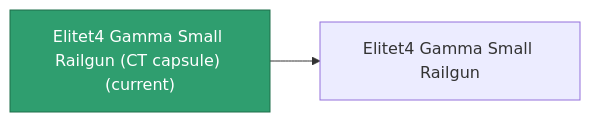
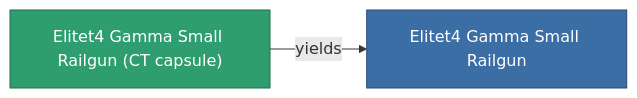
The diagram in content/content/items/elitet4_gamma_small_railgun_CT_capsule.md (OpenPerpetuum/Wiki), drawn with Mermaid before and after one commit. The commit also changed other lines of this file and 2015 other files, not shown here.

````diff
--- a/content/content/items/elitet4_gamma_small_railgun_CT_capsule.md
+++ b/content/content/items/elitet4_gamma_small_railgun_CT_capsule.md
@@ -33,8 +33,9 @@
 ```mermaid
 graph LR
-    a["Elitet4 Gamma Small Railgun (CT capsule) (current)"]:::current
-    b["Elitet4 Gamma Small Railgun"]
-    a --> b
-    click b "/content/items/elitet4-gamma-small-railgun/" "Elitet4 Gamma Small Railgun"
+    a["Elitet4 Gamma Small Railgun (CT capsule)"]:::current
+    b["Elitet4 Gamma Small Railgun"]:::finished
+    a -->|yields| b
+                click b "/content/items/elitet4-gamma-small-railgun/" "Elitet4 Gamma Small Railgun"
     classDef current fill:#2f9e6f,stroke:#1f6f4a,color:#ffffff
+    classDef finished fill:#3b6ea5,stroke:#274a75,color:#ffffff
 ```
````
